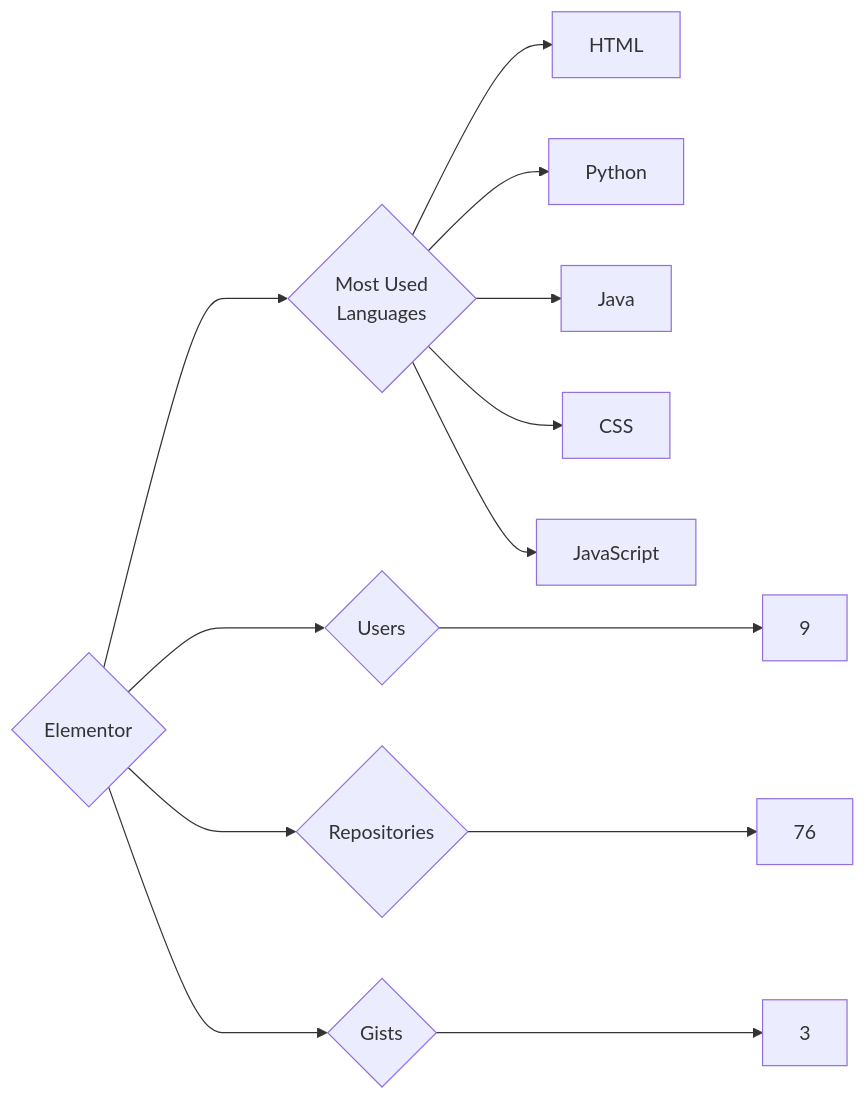
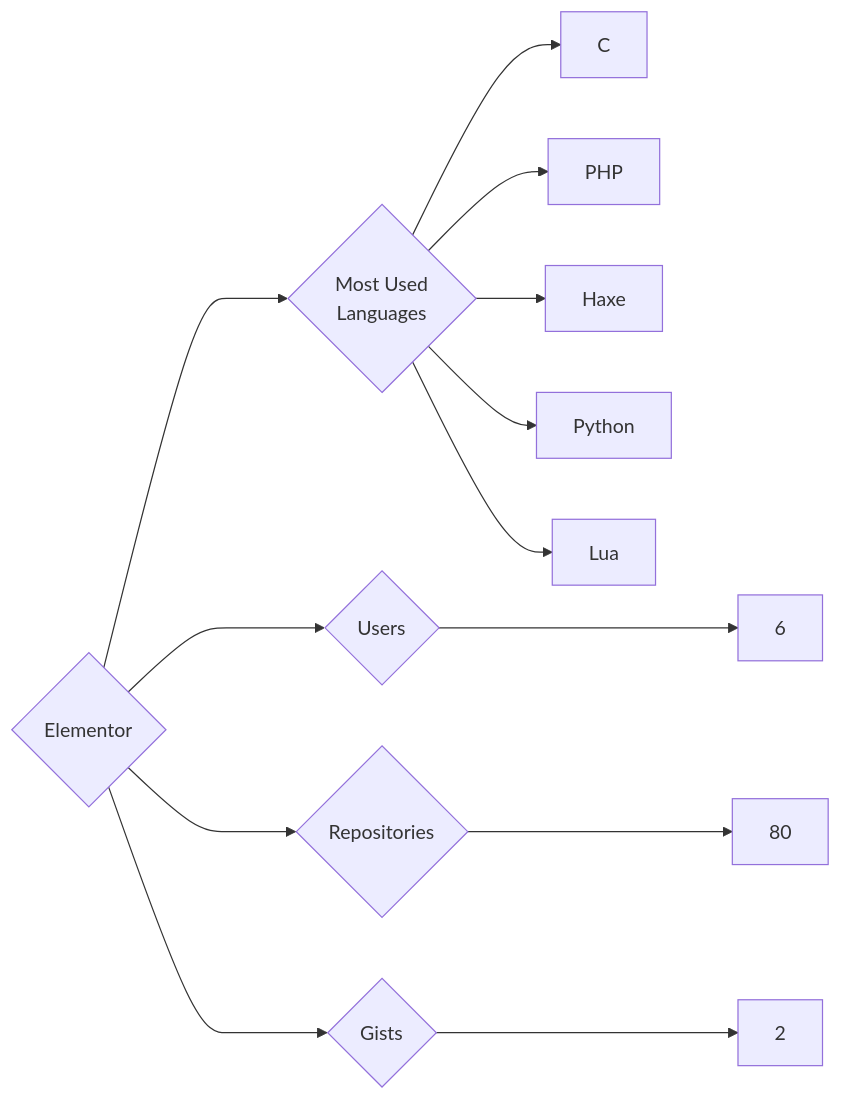
One commit to trickest/insiders changed the diagram in targets/Elementor/README.md. Above: the diagram before and after it, drawn with Mermaid. The commit also changed 1036 other files, not shown here.

````diff
--- a/targets/Elementor/README.md
+++ b/targets/Elementor/README.md
@@ -3,13 +3,13 @@
 ```mermaid
 graph LR
 COMPANY_NAME{Elementor}
-COMPANY_NAME ---> U{Users} ---> UN[9]
-COMPANY_NAME ---> R{Repositories} ---> RN[76]
-COMPANY_NAME ---> G{Gists} ---> GN[3]
+COMPANY_NAME ---> U{Users} ---> UN[6]
+COMPANY_NAME ---> R{Repositories} ---> RN[80]
+COMPANY_NAME ---> G{Gists} ---> GN[2]
 COMPANY_NAME ---> ML{Most Used<br>Languages}
-ML --> HTML[HTML]
+ML --> C[C]
+ML --> PHP[PHP]
+ML --> Haxe[Haxe]
 ML --> Python[Python]
-ML --> Java[Java]
-ML --> CSS[CSS]
-ML --> JavaScript[JavaScript]
+ML --> Lua[Lua]
 ```
````
